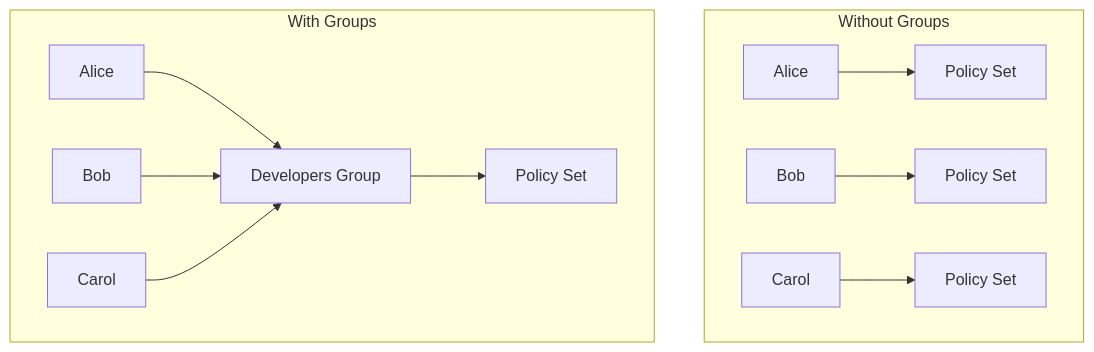
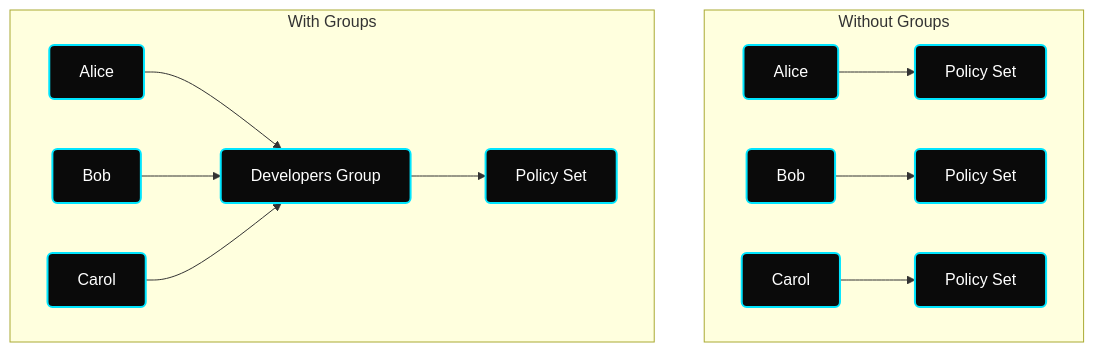
Before and after one commit to hridyen/DevOps-Survival-Roadmap: the second of 5 diagrams in Week-10-AWS-Cloud-Computing/IAM/notes.md, drawn with Mermaid. The commit also changed other lines of this file and 85 other files, not shown here.

````diff
--- a/Week-10-AWS-Cloud-Computing/IAM/notes.md
+++ b/Week-10-AWS-Cloud-Computing/IAM/notes.md
@@ -63,15 +66,18 @@
 ```mermaid
 graph TD
+    classDef default fill:#0A0A0A,stroke:#00E5FF,stroke-width:2px,color:#FFFFFF,rx:5px,ry:5px;
+    classDef active fill:#0A0A0A,stroke:#FF0055,stroke-width:3px,color:#FFFFFF,rx:5px,ry:5px;
+
     subgraph Without Groups
         A1[Alice] --> P1[Policy Set]
         B1[Bob] --> P2[Policy Set]
         C1[Carol] --> P3[Policy Set]
     end
     
     subgraph With Groups
         G[Developers Group] --> GP[Policy Set]
         A2[Alice] --> G
         B2[Bob] --> G
         C2[Carol] --> G
     end
 ```
````
